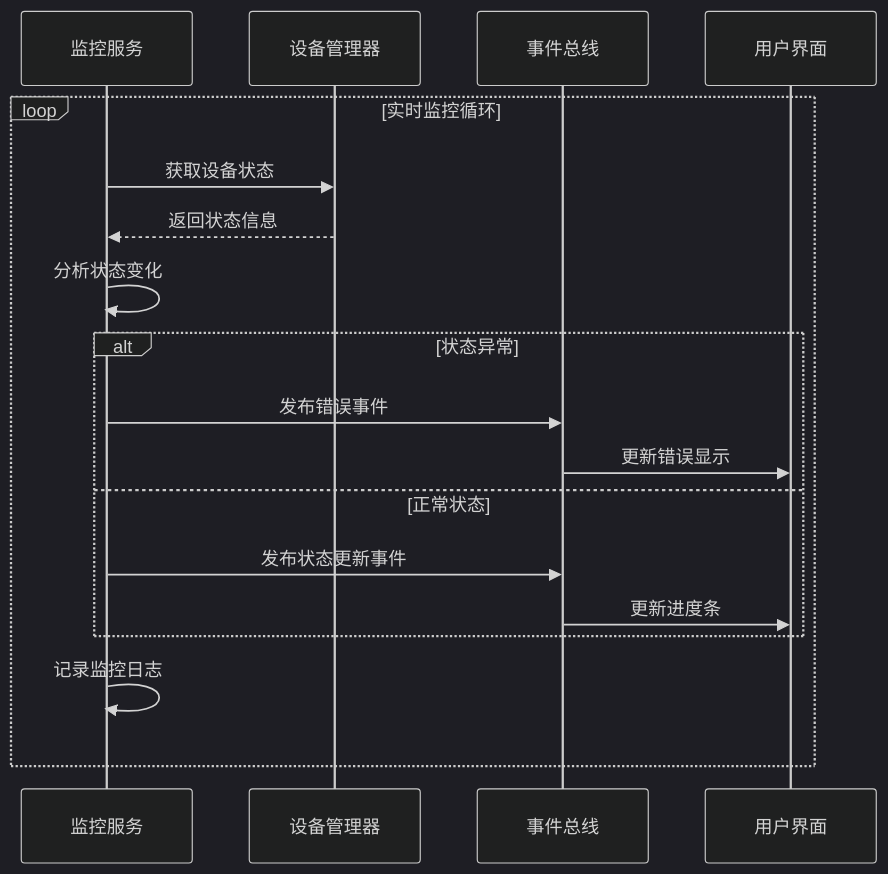
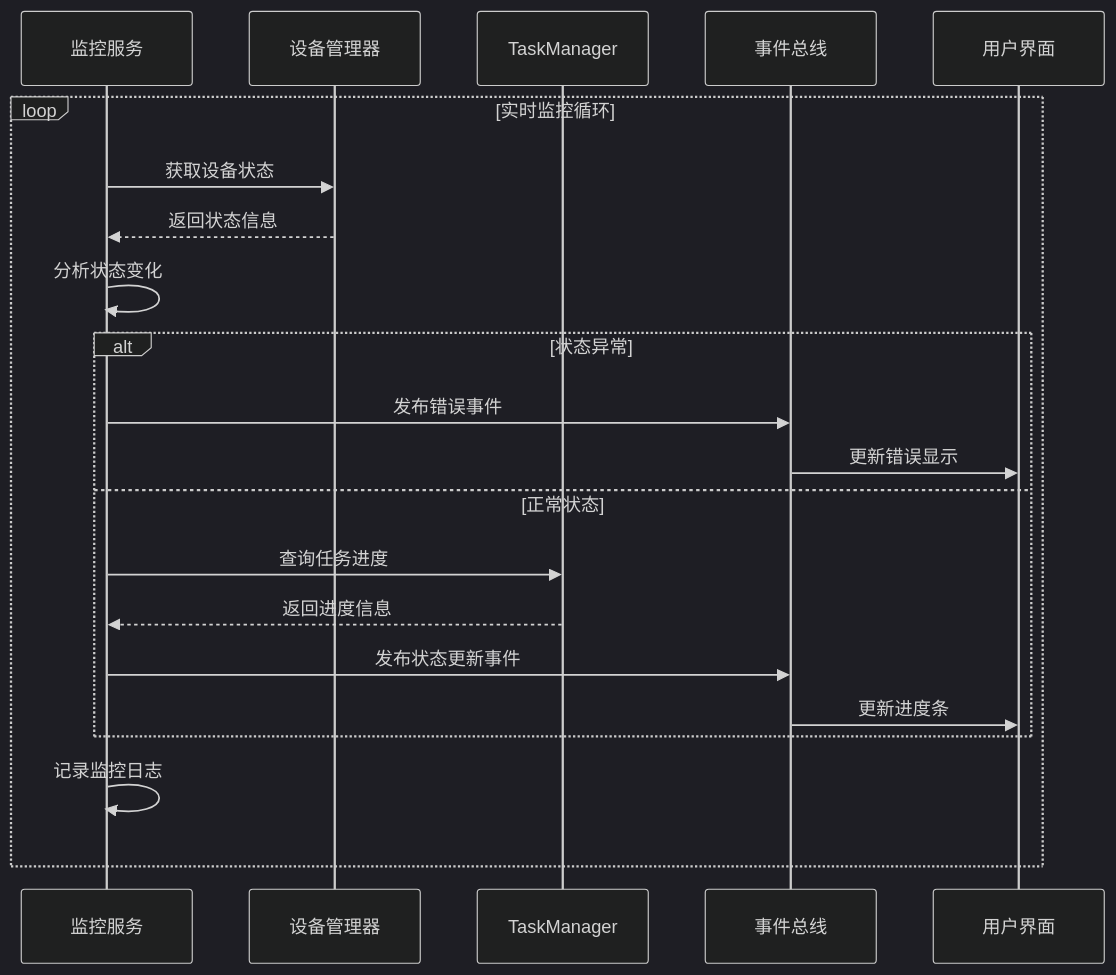
One commit to super1wang/LaserCNCv1.0 changed the sixth of 18 diagrams in .qoder/repowiki/zh/content/项目概述/模块设计/Process模块设计/Process模块服务管理架构改进.md. Above: the diagram before and after it, drawn with Mermaid (dark theme). The commit also changed other lines of this file and 159 other files, not shown here.

````diff
--- a/.qoder/repowiki/zh/content/项目概述/模块设计/Process模块设计/Process模块服务管理架构改进.md
+++ b/.qoder/repowiki/zh/content/项目概述/模块设计/Process模块设计/Process模块服务管理架构改进.md
@@ -366,20 +428,23 @@
 ```mermaid
 sequenceDiagram
 participant Monitor as 监控服务
 participant Device as 设备管理器
+participant TaskMgr as TaskManager
 participant Event as 事件总线
 participant UI as 用户界面
 loop 实时监控循环
 Monitor->>Device : 获取设备状态
 Device-->>Monitor : 返回状态信息
 Monitor->>Monitor : 分析状态变化
 alt 状态异常
 Monitor->>Event : 发布错误事件
 Event->>UI : 更新错误显示
 else 正常状态
+Monitor->>TaskMgr : 查询任务进度
+TaskMgr-->>Monitor : 返回进度信息
 Monitor->>Event : 发布状态更新事件
 Event->>UI : 更新进度条
 end
 Monitor->>Monitor : 记录监控日志
 end
 ```
````
